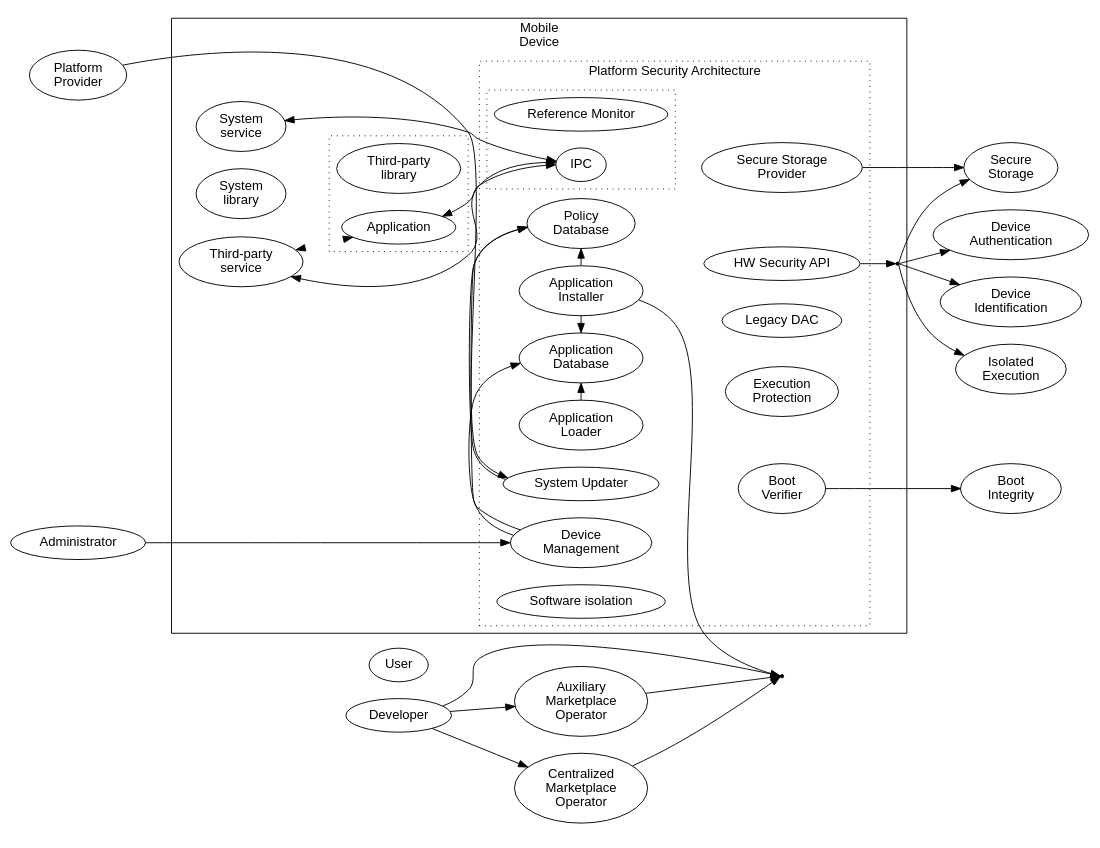
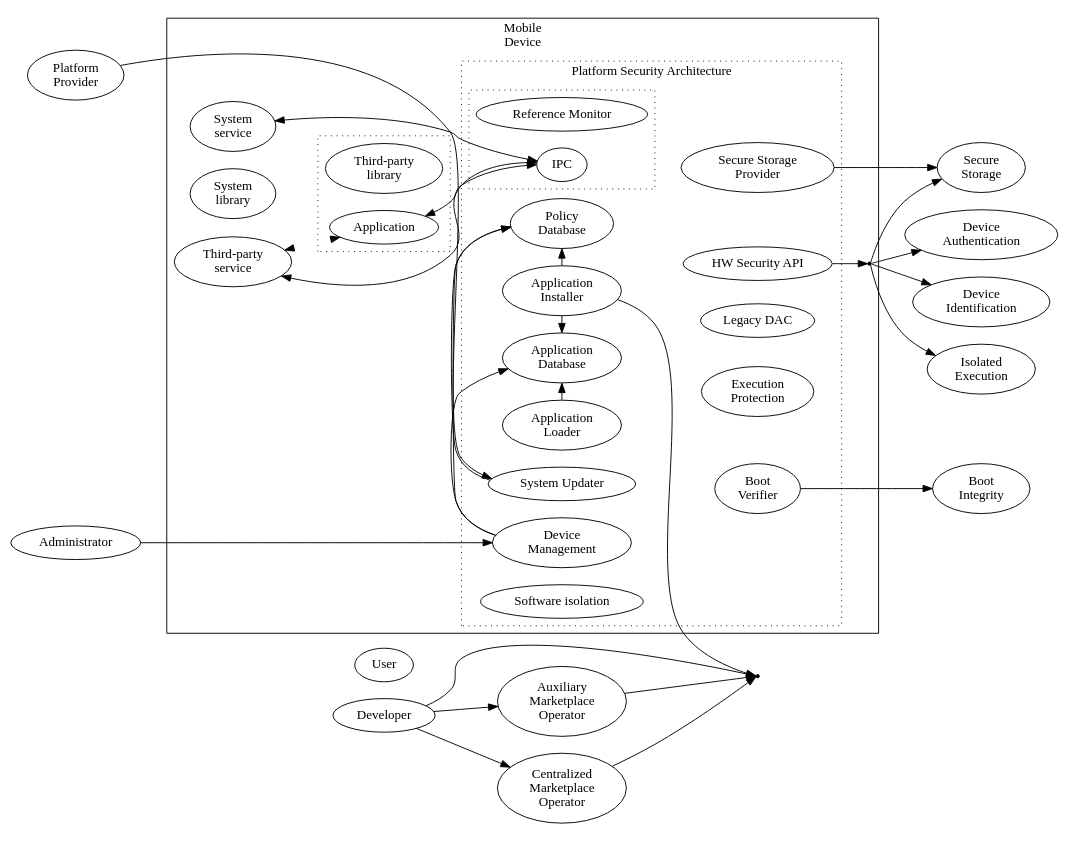
Before and after one commit to bogwonch/first-year-report: the diagram in img/mobile_software_platform.dot, drawn with Graphviz. The commit also changed 21 other files, not shown here.

```diff
--- a/img/mobile_software_platform.dot
+++ b/img/mobile_software_platform.dot
@@ -1,131 +1,131 @@
 // https://wiki.helsinki.fi/download/attachments/122034202/Lecture2-Android.pdf?version=2&modificationDate=1390301067458&api=v2
 
 digraph mps {
   compound=true;
   overlap=false;
   rankdir=LR;
 
-  graph [fontname="Helvetica"];
-  node [fontname="Helvetica"];
+  graph [fontname="LMSans10-Regular"];
+  node [fontname="LMSans10-Regular"];
 
   // Roles
   pp [label="Platform\nProvider"];
   Administrator;
 
   subgraph cluster_markets {
     label="";
     style=invis;
     rankdir=TB;
 
     User;
     Developer;
     cmo [label="Centralized\nMarketplace\nOperator"];
     amo [label="Auxiliary\nMarketplace\nOperator"];
     dot [label="" shape=point];
 
     cmo -> dot;
     Developer -> cmo;
     Developer -> amo;
     Developer -> dot;
     amo -> dot;
   }
 
 
   subgraph cluster_md {
     label="Mobile\nDevice";
     rankdir=TB;
     
     // PSC
     ss [label="System\nservice"];
     sl [label="System\nlibrary"];
     ai [label="Application\nInstaller"];
     al [label="Application\nLoader"];
     
     pd [label="Policy\nDatabase"];
     ad [label="Application\nDatabase"];
 
     // TPSC
     tps [label="Third-party\nservice"];
 
     // HSF
     bi [label="Boot\nIntegrity"];
     secs [label="Secure\nStorage"];
     di [label="Device\nIdentification"];
     ie [label="Isolated\nExecution"];
     da [label="Device\nAuthentication"];
     
     bar [shape=point];
   
 
     subgraph cluster_tpl {
       label="";
       style=dotted;
       rankdir=LR;
 
       tpl [label="Third-party\nlibrary"];
       Application;
       
     }
 
     subgraph cluster_psa {
       label="Platform Security Architecture";
       style=dotted;
       rankdir=TB;
       
       // PSC
       su [label="System Updater"];
       dm [label="Device\nManagement"];
       bv [label="Boot\nVerifier"];
       ssp [label="Secure Storage\nProvider"];
       ldac [label="Legacy DAC"];
       ep [label="Execution\nProtection"];
       hwspapi [label="HW Security API"];
       iso [label="Software isolation"];
 
       {rank=sink bv ssp ldac ep hwspapi}
 
       subgraph cluster_rm {
         label="";
         style=dotted;
 
         rm [label="Reference Monitor"];
         ipc [label="IPC"];
       }
 
       su -> pd;
       ai -> pd;
       ad -> ai [dir=back];
       dm -> pd;
       dm -> ad;
       al -> ad;
 
       { rank=source su dm}
       { rank=same su pd ai}
       { rank=same dm ad al}
     }
 
     Application -> ipc [dir=both];
     tps -> ipc [dir=both];
     ss -> ipc [dir=both];
     bv -> bi;
     ssp -> secs;
 
     hwspapi -> bar;
     bar -> secs;
     bar -> di;
     bar -> ie;
     bar -> da;
 
     { rank=source tps ss sl}
     Application -> tps [dir=both style=invisible];
   }
 
 
   { rank=source pp Administrator }
   { rank=sink bi secs di ie da }
 
   pp -> su;
   Administrator -> dm;
 
   ai -> dot [rank=back];
 }
```
